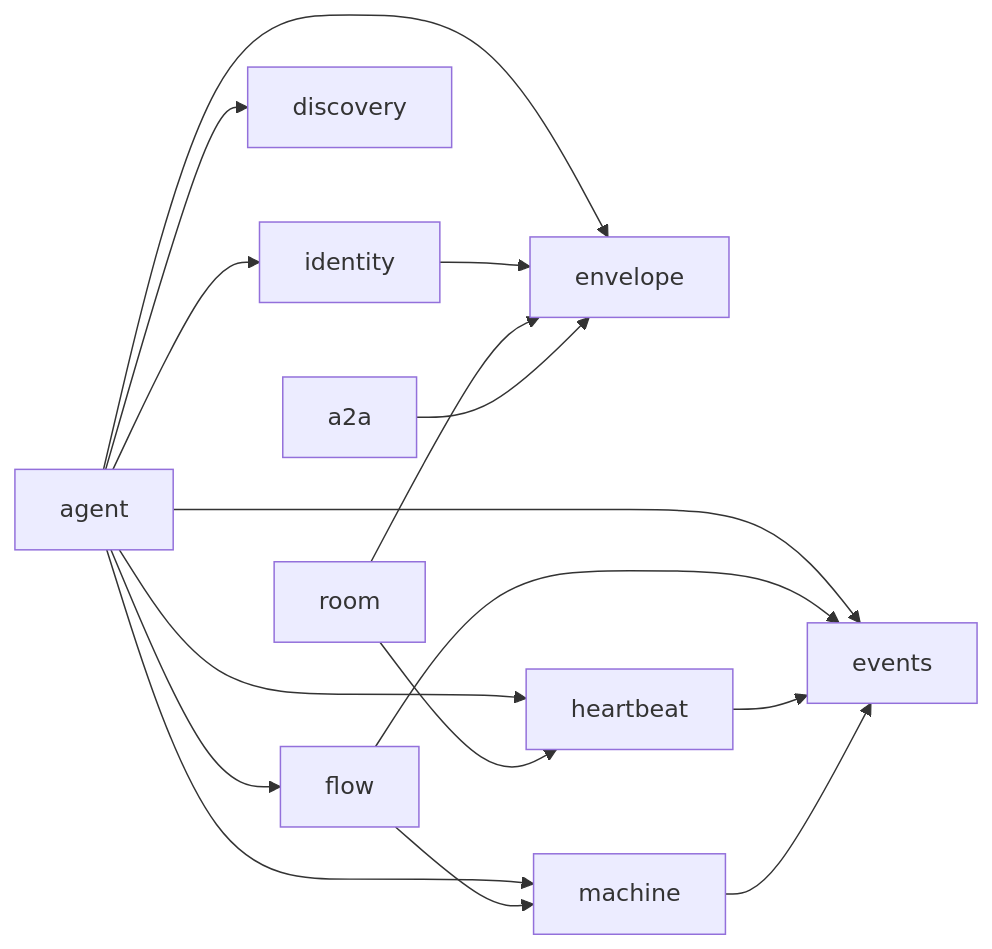
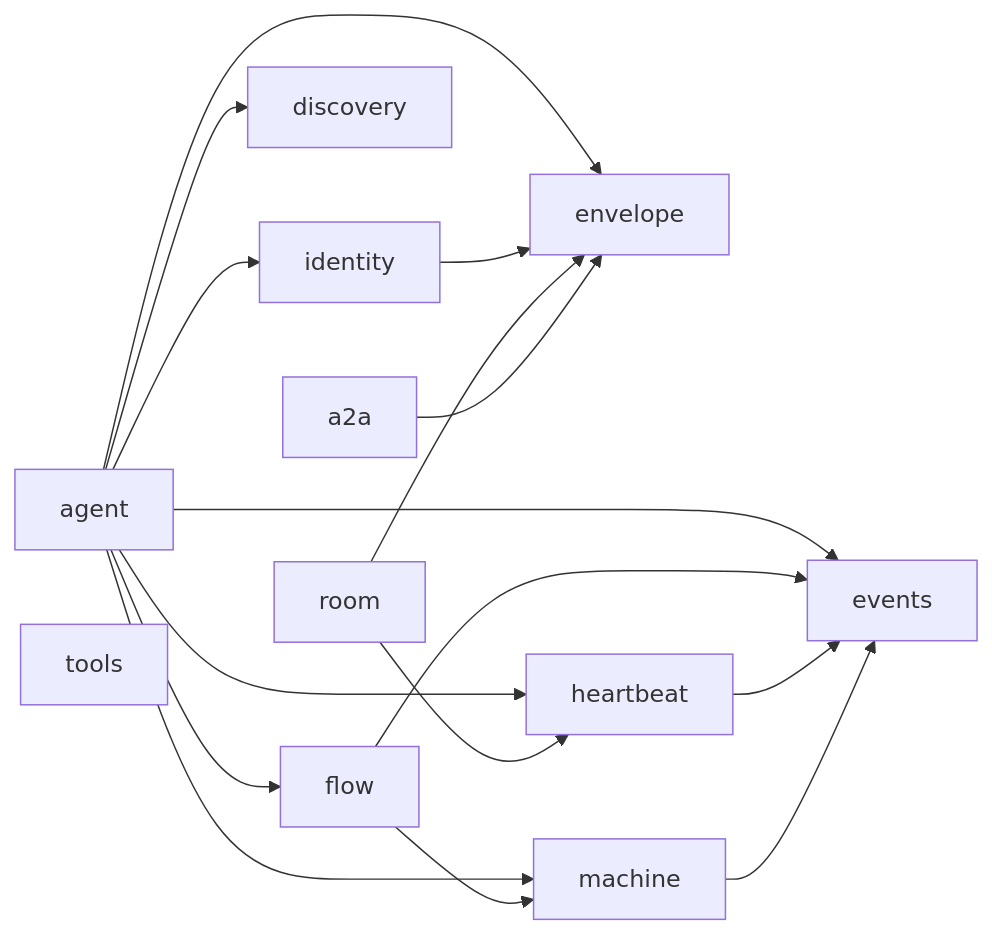
The first of 2 diagrams in docs/architecture.md (MiviaLabs/mivia-ai-sdk), drawn with Mermaid before and after one commit. The commit also changed other lines of this file and 3 other files, not shown here.

````diff
--- a/docs/architecture.md
+++ b/docs/architecture.md
@@ -21,21 +21,22 @@
 ```mermaid
 flowchart LR
     agent --> identity
     agent --> discovery
     agent --> flow
     agent --> envelope
     agent --> events
     agent --> machine
     agent --> heartbeat
     flow --> events
     flow --> machine
     heartbeat --> events
     identity --> envelope
     machine --> events
     room --> envelope
     room --> heartbeat
     a2a --> envelope
     discovery[discovery]
     envelope[envelope]
     events[events]
+    tools[tools]
 ```
````
